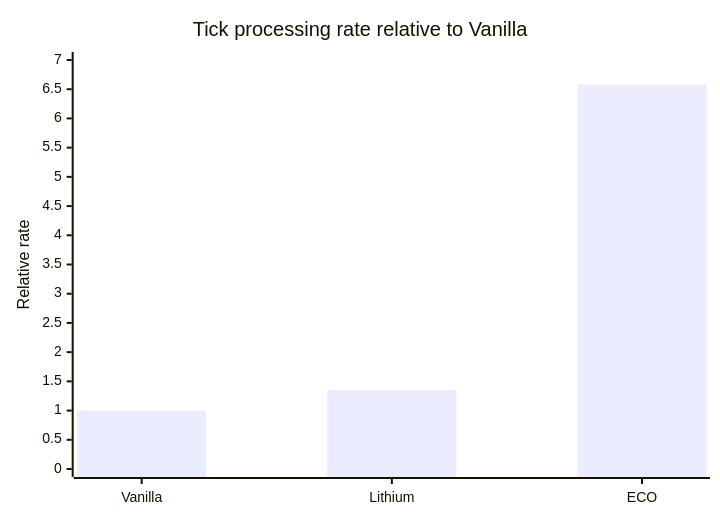
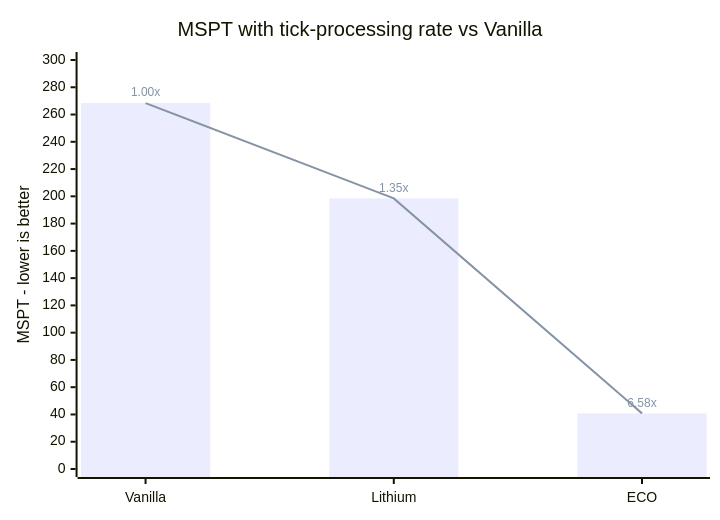
Before and after one commit to water2004/EntityCollisionOptimizer: the diagram in README.md, drawn with Mermaid. The commit also changed other lines of this file and 1 other file, not shown here.

Commit message:
docs: refine benchmark presentation

````diff
--- a/README.md
+++ b/README.md
@@ -27,7 +25,8 @@
 ```mermaid
 xychart-beta
-    title "Tick processing rate relative to Vanilla"
+    title "MSPT with tick-processing rate vs Vanilla"
     x-axis ["Vanilla", "Lithium", "ECO"]
-    y-axis "Relative rate" 0 --> 7
-    bar [1.00, 1.35, 6.58]
+    y-axis "MSPT - lower is better" 0 --> 300
+    bar [268.4, 198.5, 40.8]
+    line [268.4 "1.00x", 198.5 "1.35x", 40.8 "6.58x"]
 ```
````
